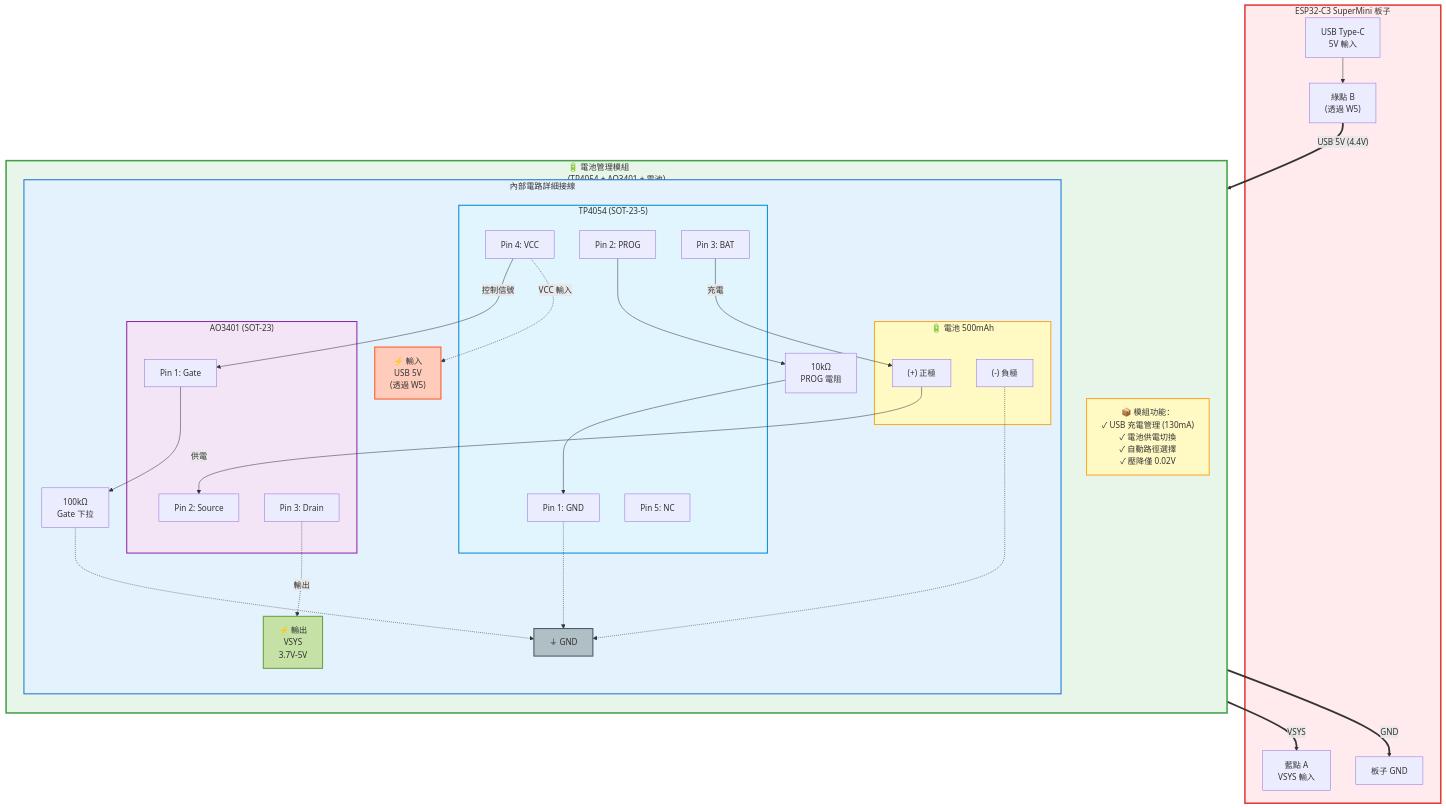
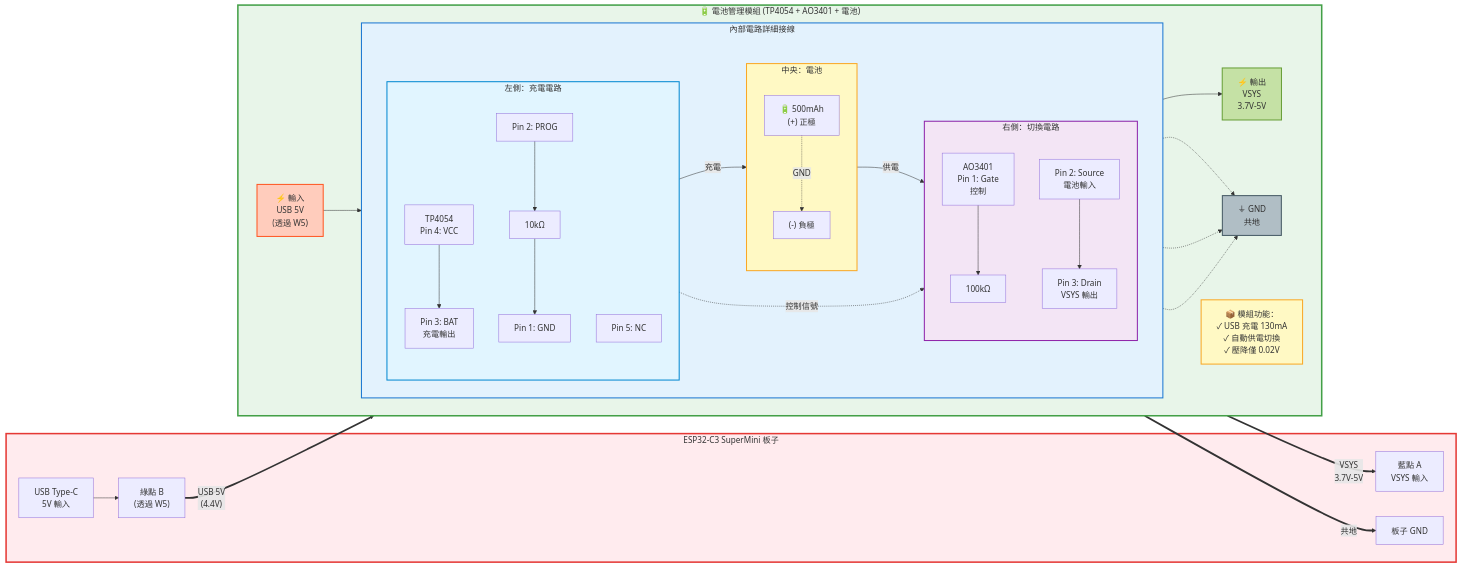
The first of 2 diagrams in battery_management/docs/SUPERMINI_BATTERY_DESIGN.md (DanielYJHsieh/esp32c3), drawn with Mermaid before and after one commit. The commit also changed 1 other file, not shown here.

Commit message:
優化電池管理模組圖表：採用 LR 橫向布局減少連線交叉

````diff
--- a/battery_management/docs/SUPERMINI_BATTERY_DESIGN.md
+++ b/battery_management/docs/SUPERMINI_BATTERY_DESIGN.md
@@ -136,5 +136,5 @@
 ```mermaid
-graph TB
+graph LR
     subgraph SUPERMINI["ESP32-C3 SuperMini 板子"]
         USB["USB Type-C<br/>5V 輸入"]
         W5_OUT["綠點 B<br/>(透過 W5)"] 
@@ -142,73 +142,76 @@
         PCB_GND1["板子 GND"]
     end
     
-    subgraph BATTERY_MODULE["🔋 電池管理模組<br/>(TP4054 + AO3401 + 電池)"]
-        direction TB
+    subgraph BATTERY_MODULE["🔋 電池管理模組 (TP4054 + AO3401 + 電池)"]
+        direction LR
         
         INPUT["⚡ 輸入<br/>USB 5V<br/>(透過 W5)"]
-        OUTPUT["⚡ 輸出<br/>VSYS<br/>3.7V-5V"]
-        GND_MODULE["⏚ GND"]
         
         subgraph INTERNAL["內部電路詳細接線"]
-            direction TB
+            direction LR
             
-            subgraph TP4054_DETAIL["TP4054 (SOT-23-5)"]
-                TP_PIN1["Pin 1: GND"]
-                TP_PIN2["Pin 2: PROG"]
-                TP_PIN3["Pin 3: BAT"]
-                TP_PIN4["Pin 4: VCC"]
-                TP_PIN5["Pin 5: NC"]
+            subgraph LEFT_CIRCUIT["左側：充電電路"]
+                direction TB
+                TP_VCC["TP4054<br/>Pin 4: VCC"]
+                TP_BAT["Pin 3: BAT<br/>充電輸出"]
+                TP_PROG["Pin 2: PROG"]
+                R_PROG["10kΩ"]
+                TP_GND["Pin 1: GND"]
+                TP_NC["Pin 5: NC"]
+                
+                TP_VCC --> TP_BAT
+                TP_PROG --> R_PROG
+                R_PROG --> TP_GND
             end
             
-            R_PROG["10kΩ<br/>PROG 電阻"]
-            
-            subgraph BATTERY_DETAIL["🔋 電池 500mAh"]
-                BAT_POS["(+) 正極"]
+            subgraph CENTER_CIRCUIT["中央：電池"]
+                direction TB
+                BAT_POS["🔋 500mAh<br/>(+) 正極"]
                 BAT_NEG["(-) 負極"]
+                BAT_POS -.->|GND| BAT_NEG
             end
             
-            subgraph AO3401_DETAIL["AO3401 (SOT-23)"]
-                AO_PIN1["Pin 1: Gate"]
-                AO_PIN2["Pin 2: Source"]
-                AO_PIN3["Pin 3: Drain"]
+            subgraph RIGHT_CIRCUIT["右側：切換電路"]
+                direction TB
+                AO_GATE["AO3401<br/>Pin 1: Gate<br/>控制"]
+                R_GATE["100kΩ"]
+                AO_SOURCE["Pin 2: Source<br/>電池輸入"]
+                AO_DRAIN["Pin 3: Drain<br/>VSYS 輸出"]
+                
+                AO_GATE --> R_GATE
+                AO_SOURCE --> AO_DRAIN
             end
             
-            R_GATE["100kΩ<br/>Gate 下拉"]
-            
-            %% TP4054 連接
-            TP_PIN4 -.->|VCC 輸入| INPUT
-            TP_PIN2 --> R_PROG
-            R_PROG --> TP_PIN1
-            TP_PIN3 -->|充電| BAT_POS
-            TP_PIN1 -.-> GND_MODULE
-            
-            %% 電池連接
-            BAT_POS -->|供電| AO_PIN2
-            BAT_NEG -.-> GND_MODULE
-            
-            %% AO3401 連接
-            TP_PIN4 -->|控制信號| AO_PIN1
-            AO_PIN1 --> R_GATE
-            R_GATE -.-> GND_MODULE
-            AO_PIN3 -.->|輸出| OUTPUT
+            TP_BAT -->|充電| BAT_POS
+            BAT_POS -->|供電| AO_SOURCE
+            TP_VCC -.->|控制信號| AO_GATE
         end
         
-        NOTE_MODULE["📦 模組功能：<br/>✓ USB 充電管理 (130mA)<br/>✓ 電池供電切換<br/>✓ 自動路徑選擇<br/>✓ 壓降僅 0.02V"]:::noteStyle
+        OUTPUT["⚡ 輸出<br/>VSYS<br/>3.7V-5V"]
+        GND_MODULE["⏚ GND<br/>共地"]
+        
+        INPUT --> TP_VCC
+        AO_DRAIN --> OUTPUT
+        TP_GND -.-> GND_MODULE
+        BAT_NEG -.-> GND_MODULE
+        R_GATE -.-> GND_MODULE
+        
+        NOTE_MODULE["📦 模組功能：<br/>✓ USB 充電 130mA<br/>✓ 自動供電切換<br/>✓ 壓降僅 0.02V"]:::noteStyle
     end
     
     USB --> W5_OUT
-    W5_OUT ==>|"USB 5V (4.4V)"| INPUT
-    OUTPUT ==>|"VSYS"| VSYS_IN
-    GND_MODULE ==>|"GND"| PCB_GND1
+    W5_OUT ==>|"USB 5V<br/>(4.4V)"| INPUT
+    OUTPUT ==>|"VSYS<br/>3.7V-5V"| VSYS_IN
+    GND_MODULE ==>|"共地"| PCB_GND1
     
     classDef noteStyle fill:#fff9c4,stroke:#f9a825,stroke-width:2px
     
     style SUPERMINI fill:#ffebee,stroke:#e53935,stroke-width:3px
     style BATTERY_MODULE fill:#e8f5e9,stroke:#43a047,stroke-width:3px
     style INTERNAL fill:#e3f2fd,stroke:#1976d2,stroke-width:2px
-    style TP4054_DETAIL fill:#e1f5ff,stroke:#0288d1,stroke-width:2px
-    style BATTERY_DETAIL fill:#fff9c4,stroke:#f9a825,stroke-width:2px
-    style AO3401_DETAIL fill:#f3e5f5,stroke:#8e24aa,stroke-width:2px
+    style LEFT_CIRCUIT fill:#e1f5ff,stroke:#0288d1,stroke-width:2px
+    style CENTER_CIRCUIT fill:#fff9c4,stroke:#f9a825,stroke-width:2px
+    style RIGHT_CIRCUIT fill:#f3e5f5,stroke:#8e24aa,stroke-width:2px
     style INPUT fill:#ffccbc,stroke:#ff5722,stroke-width:2px
     style OUTPUT fill:#c5e1a5,stroke:#689f38,stroke-width:2px
     style GND_MODULE fill:#b0bec5,stroke:#455a64,stroke-width:2px
````
